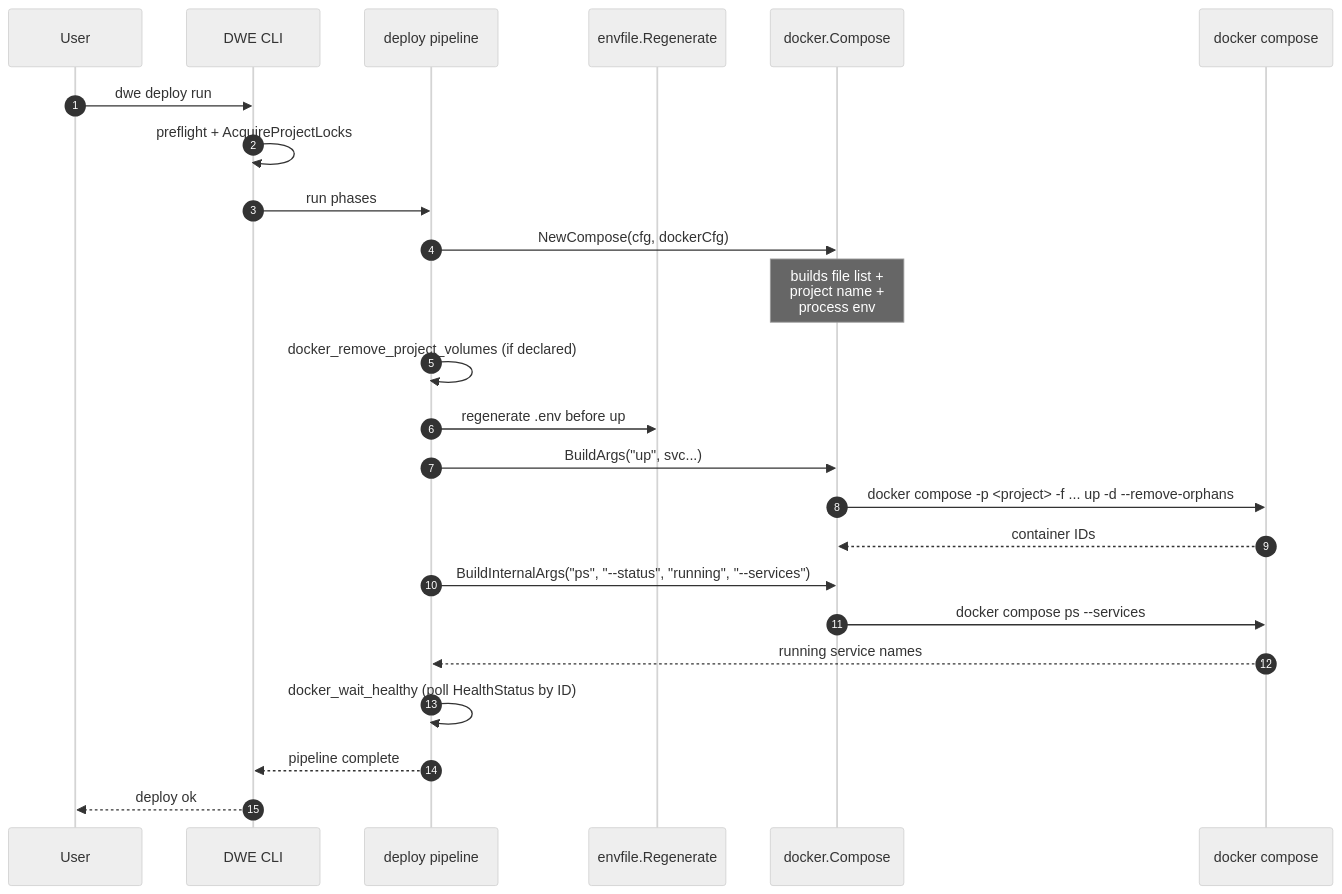
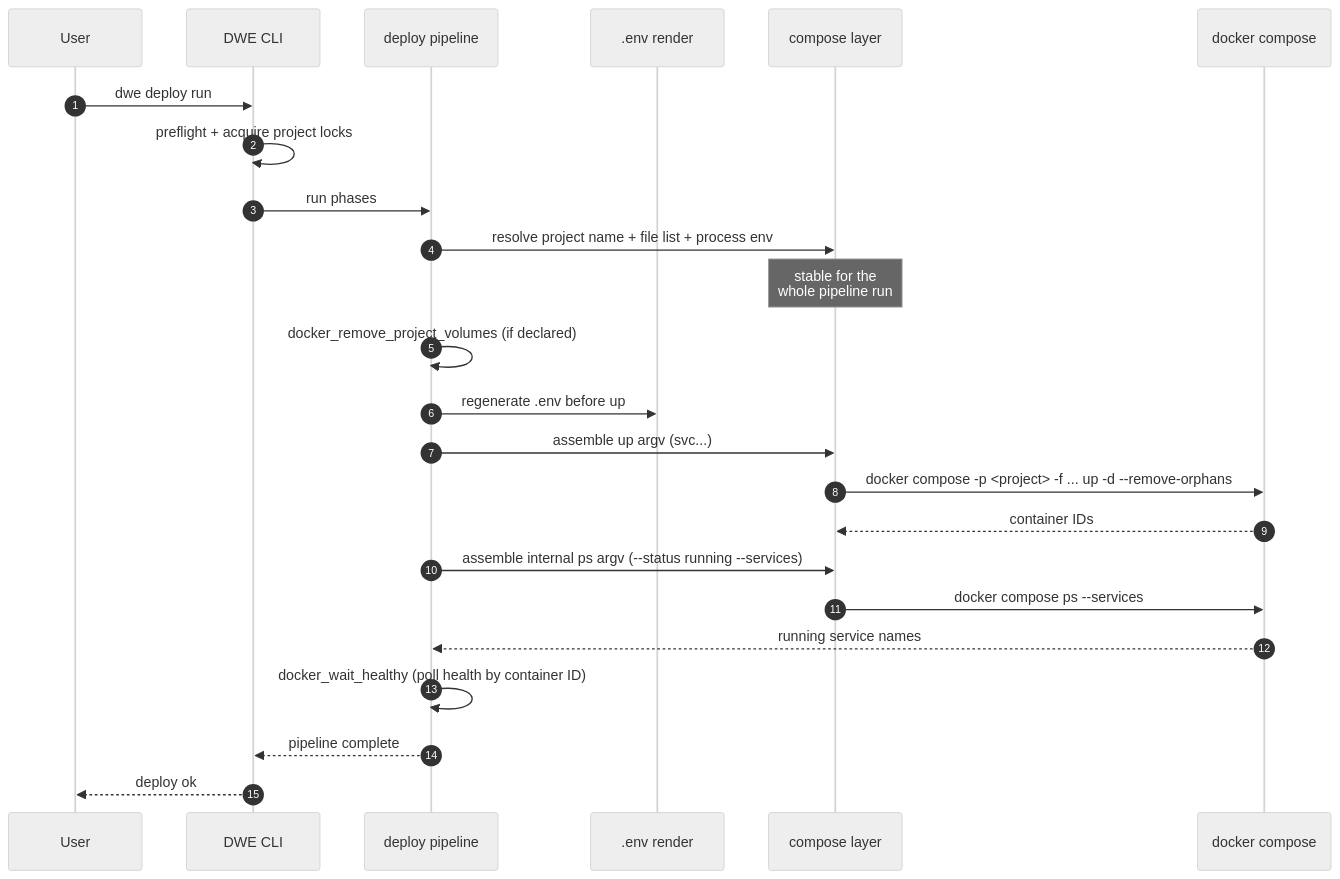
The diagram in docs/reference/concepts/docker.md (semsemyonoff/dwe), drawn with Mermaid (neutral theme) before and after one commit. The commit also changed other lines of this file and 19 other files, not shown here.

````diff
--- a/docs/reference/concepts/docker.md
+++ b/docs/reference/concepts/docker.md
@@ -116,28 +116,28 @@
 ```mermaid
 sequenceDiagram
   autonumber
   participant U as User
   participant CLI as DWE CLI
   participant Pipe as deploy pipeline
-  participant Env as envfile.Regenerate
-  participant Compose as docker.Compose
+  participant Env as .env render
+  participant Compose as compose layer
   participant Docker as docker compose
 
   U->>CLI: dwe deploy run
-  CLI->>CLI: preflight + AcquireProjectLocks
+  CLI->>CLI: preflight + acquire project locks
   CLI->>Pipe: run phases
-  Pipe->>Compose: NewCompose(cfg, dockerCfg)
-  Note over Compose: builds file list +<br/>project name +<br/>process env
+  Pipe->>Compose: resolve project name + file list + process env
+  Note over Compose: stable for the<br/>whole pipeline run
 
   Pipe->>Pipe: docker_remove_project_volumes (if declared)
   Pipe->>Env: regenerate .env before up
-  Pipe->>Compose: BuildArgs("up", svc...)
+  Pipe->>Compose: assemble up argv (svc...)
   Compose->>Docker: docker compose -p <project> -f ... up -d --remove-orphans
   Docker-->>Compose: container IDs
-  Pipe->>Compose: BuildInternalArgs("ps", "--status", "running", "--services")
+  Pipe->>Compose: assemble internal ps argv (--status running --services)
   Compose->>Docker: docker compose ps --services
   Docker-->>Pipe: running service names
-  Pipe->>Pipe: docker_wait_healthy (poll HealthStatus by ID)
+  Pipe->>Pipe: docker_wait_healthy (poll health by container ID)
   Pipe-->>CLI: pipeline complete
   CLI-->>U: deploy ok
 ```
````
